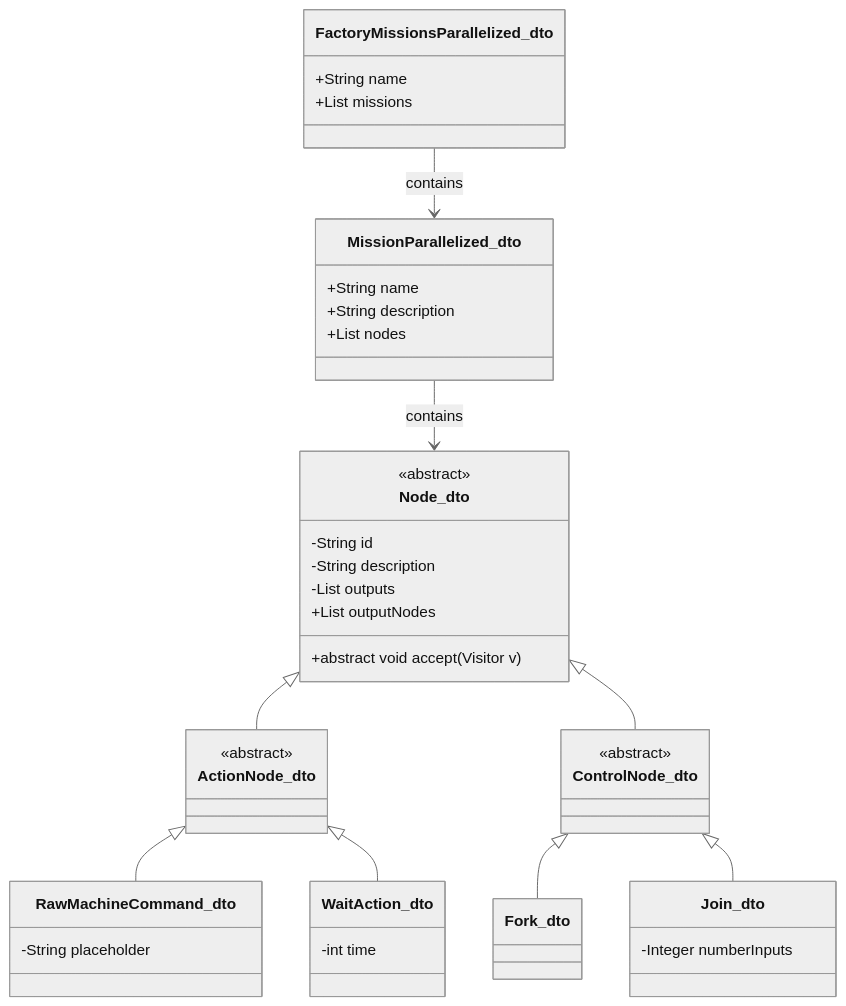
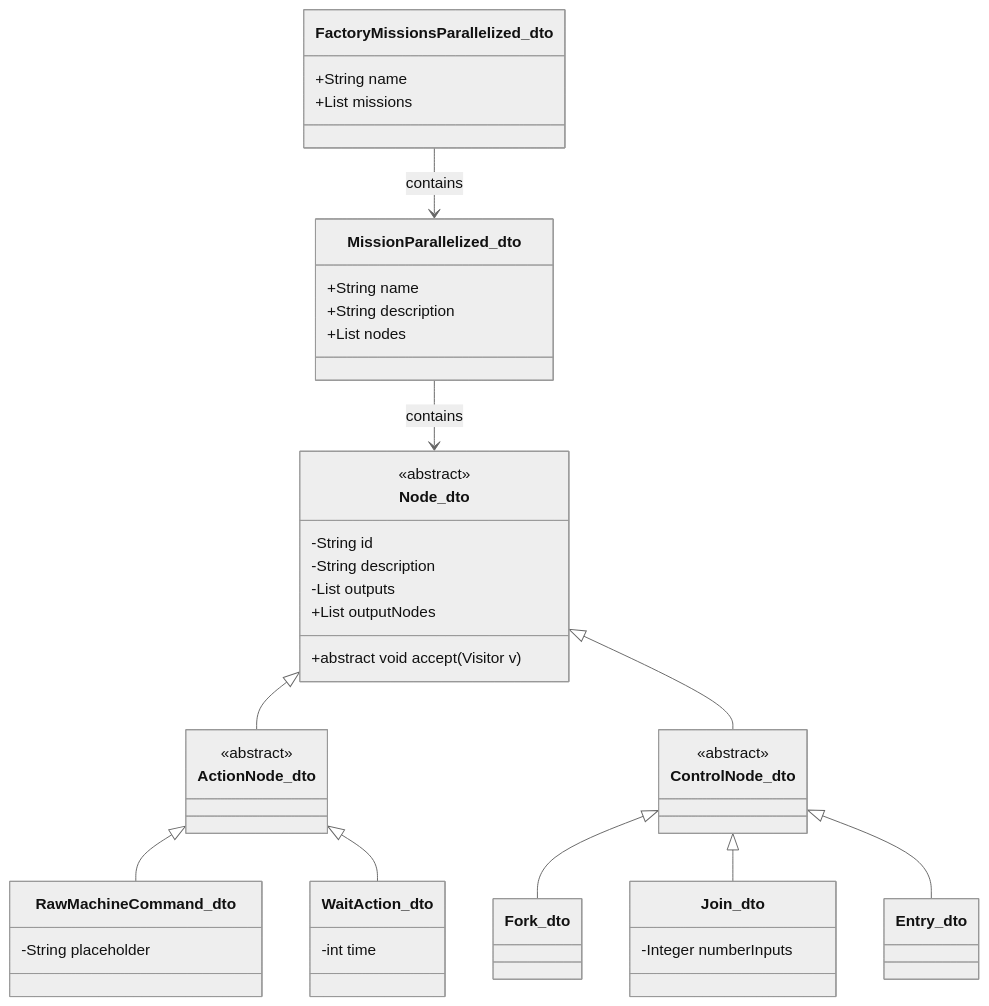
The diagram in factoryscada/backend/src/main/java/io/github/mbdo/factoryscada/domains/mission/README.md (edt-edu/cps-fischertechnik), drawn with Mermaid (neutral theme) before and after one commit.

Commit message:
📝 Update mission parallelized doc

````diff
--- a/factoryscada/backend/src/main/java/io/github/mbdo/factoryscada/domains/mission/README.md
+++ b/factoryscada/backend/src/main/java/io/github/mbdo/factoryscada/domains/mission/README.md
@@ -15,57 +15,61 @@
 ```mermaid
 classDiagram
     class FactoryMissionsParallelized_dto {
         +String name
         +List<MissionParallelized_dto> missions
     }
 
     class MissionParallelized_dto {
         +String name
         +String description
         +List<Node_dto> nodes
     }
 
     class Node_dto {
         <<abstract>>
         -String id
         -String description
         -List<String> outputs
         +List<Node_dto> outputNodes
         +abstract void accept(Visitor v)
     }
 
     class ActionNode_dto {
         <<abstract>>
     }
 
     class RawMachineCommand_dto {
         -String placeholder
     }
 
     class WaitAction_dto {
         -int time
     }
 
     class ControlNode_dto {
         <<abstract>>
     }
 
     class Fork_dto {
     }
 
     class Join_dto {
         -Integer numberInputs
     }
 
+    class Entry_dto {
+    }
+
     FactoryMissionsParallelized_dto --> MissionParallelized_dto : contains
     MissionParallelized_dto --> Node_dto : contains
 
     Node_dto <|-- ActionNode_dto
     Node_dto <|-- ControlNode_dto
 
     ActionNode_dto <|-- RawMachineCommand_dto
     ActionNode_dto <|-- WaitAction_dto
 
     ControlNode_dto <|-- Fork_dto
     ControlNode_dto <|-- Join_dto
+    ControlNode_dto <|-- Entry_dto
 ```
````
